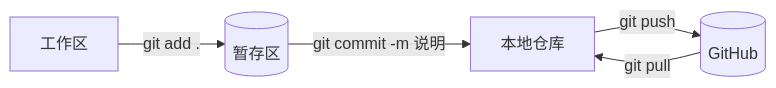
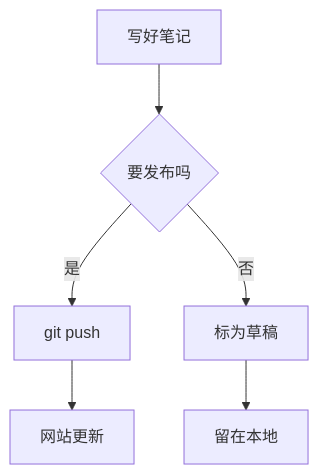
Before and after one commit to dasiwocom/wiki: the third of 10 diagrams in content/Markdown/Mermaid图.md, drawn with Mermaid. The commit also changed other lines of this file and 4 other files, not shown here.

````diff
--- a/content/Markdown/Mermaid图.md
+++ b/content/Markdown/Mermaid图.md
@@ -35,7 +85,8 @@
 ```mermaid
-graph LR
-  A[工作区] -->|git add .| B[(暂存区)]
-  B -->|git commit -m 说明| C[本地仓库]
-  C -->|git push| D[(GitHub)]
-  D -->|git pull| C
+graph TD
+  A[写好笔记] --> B{要发布吗}
+  B -->|是| C[git push]
+  B -->|否| D[标为草稿]
+  C --> E[网站更新]
+  D --> F[留在本地]
 ```
````
